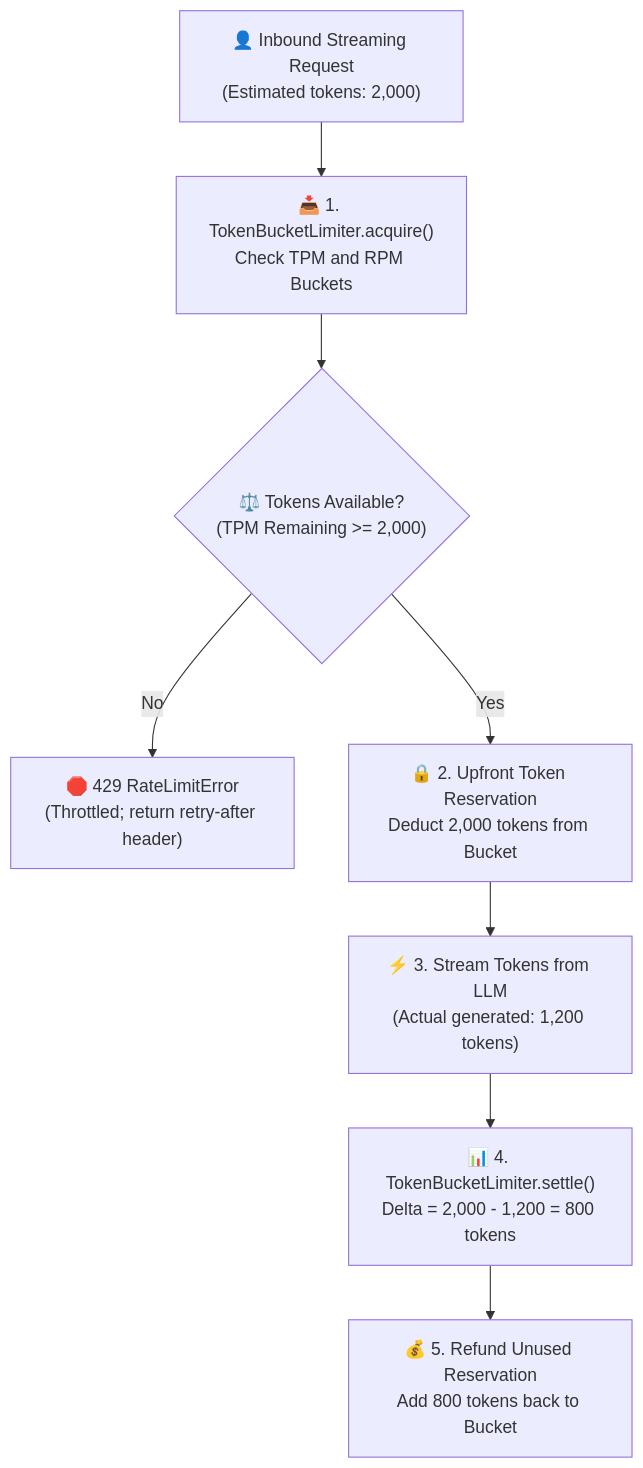
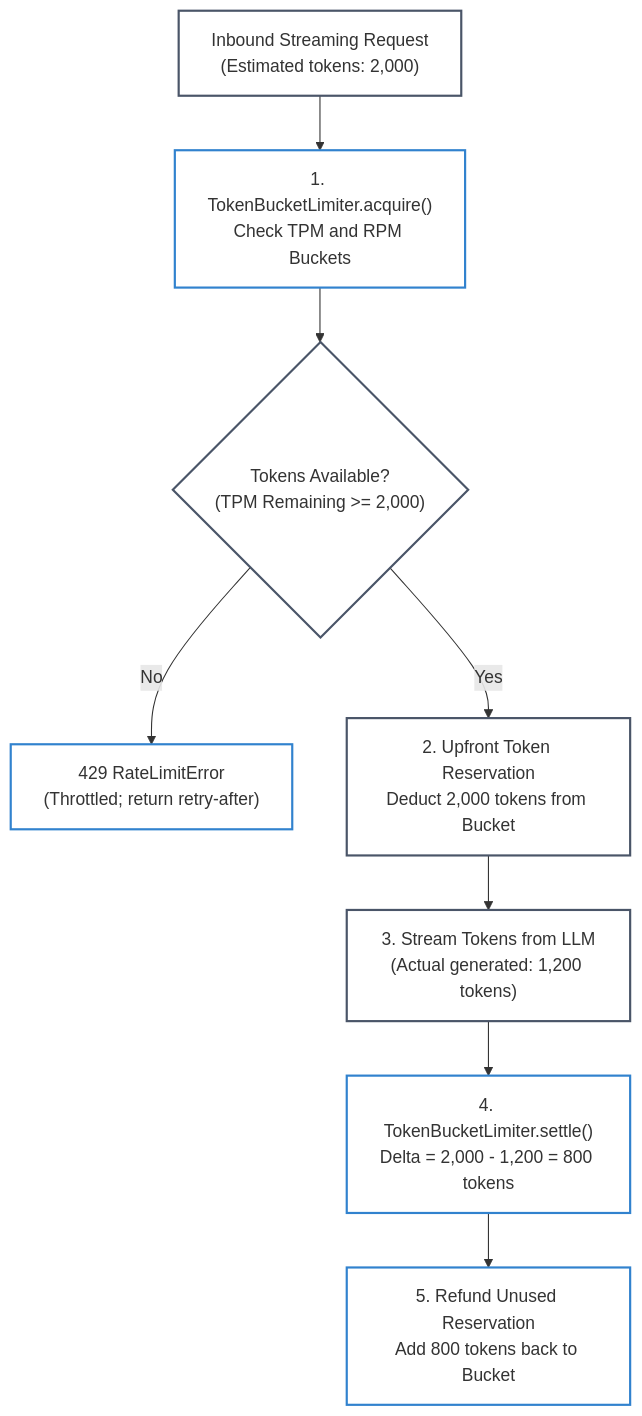
The diagram in labs/lab-04-agent-failure-defense.md (dip4k/senior-engineer-to-ai-engineer-roadmap), drawn with Mermaid before and after one commit. The commit also changed other lines of this file and 49 other files, not shown here.

First line of the commit message:
feat(curriculum): complete 2026 refactoring across roadmaps, use-cases, labs, and agent-forge

````diff
--- a/labs/lab-04-agent-failure-defense.md
+++ b/labs/lab-04-agent-failure-defense.md
@@ -20,13 +20,13 @@
 ```mermaid
 flowchart TD
-    UserReq["👤 Inbound Streaming Request<br>(Estimated tokens: 2,000)"] --> Acquire["📥 1. TokenBucketLimiter.acquire()<br>Check TPM and RPM Buckets"]
-    
-    Acquire --> CheckCap{"⚖️ Tokens Available?<br>(TPM Remaining >= 2,000)"}
-    CheckCap -- "No" --> Throttled["🛑 429 RateLimitError<br>(Throttled; return retry-after header)"]
-    
-    CheckCap -- "Yes" --> Reserve["🔒 2. Upfront Token Reservation<br>Deduct 2,000 tokens from Bucket"]
-    Reserve --> Stream["⚡ 3. Stream Tokens from LLM<br>(Actual generated: 1,200 tokens)"]
-    
-    Stream --> Settle["📊 4. TokenBucketLimiter.settle()<br>Delta = 2,000 - 1,200 = 800 tokens"]
-    Settle --> Refund["💰 5. Refund Unused Reservation<br>Add 800 tokens back to Bucket"]
+    classDef default fill:none,stroke:#4a5568,stroke-width:2px;
+    classDef highlight fill:none,stroke:#3182ce,stroke-width:2px;
+
+    UserReq["Inbound Streaming Request<br>(Estimated tokens: 2,000)"]:::default --> Acquire["1. TokenBucketLimiter.acquire()<br>Check TPM and RPM Buckets"]:::highlight
+    Acquire --> CheckCap{"Tokens Available?<br>(TPM Remaining >= 2,000)"}:::default
+    CheckCap -- "No" --> Throttled["429 RateLimitError<br>(Throttled; return retry-after)"]:::highlight
+    CheckCap -- "Yes" --> Reserve["2. Upfront Token Reservation<br>Deduct 2,000 tokens from Bucket"]:::default
+    Reserve --> Stream["3. Stream Tokens from LLM<br>(Actual generated: 1,200 tokens)"]:::default
+    Stream --> Settle["4. TokenBucketLimiter.settle()<br>Delta = 2,000 - 1,200 = 800 tokens"]:::highlight
+    Settle --> Refund["5. Refund Unused Reservation<br>Add 800 tokens back to Bucket"]:::highlight
 ```
````
